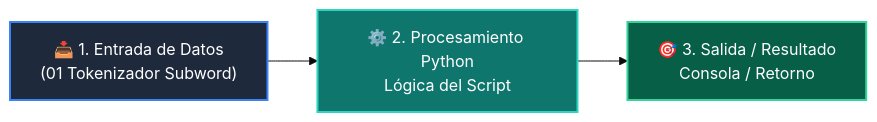
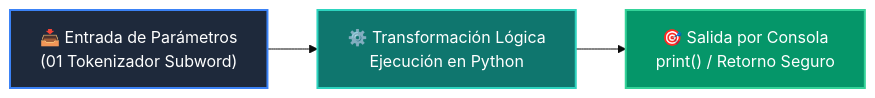
The diagram in 03-agentes-ia/clase-01-fundamentos-llm-tokenizacion/ejemplos/ejemplo_01_tokenizador_subword/README.md (wisrovi/wisrovi-python), drawn with Mermaid (base theme) before and after one commit. The commit also changed other lines of this file and 226 other files, not shown here.

Commit message:
docs: elevate all repository READMEs to world-class mastery standard with rich pedagogical architecture, custom Mermaids, and professional styling

````diff
--- a/03-agentes-ia/clase-01-fundamentos-llm-tokenizacion/ejemplos/ejemplo_01_tokenizador_subword/README.md
+++ b/03-agentes-ia/clase-01-fundamentos-llm-tokenizacion/ejemplos/ejemplo_01_tokenizador_subword/README.md
@@ -12,9 +19,9 @@
 ```mermaid
 flowchart LR
-    A["📥 1. Entrada de Datos<br/>(01 Tokenizador Subword)"] --> B["⚙️ 2. Procesamiento Python<br/>Lógica del Script"]
-    B --> C["🎯 3. Salida / Resultado<br/>Consola / Retorno"]
+    A["📥 Entrada de Parámetros<br/>(01 Tokenizador Subword)"] --> B["⚙️ Transformación Lógica<br/>Ejecución en Python"]
+    B --> C["🎯 Salida por Consola<br/>print() / Retorno Seguro"]
 
-    style A fill:#1e293b,color:#fff,stroke:#3b82f6,stroke-width:2px
-    style B fill:#0f766e,color:#fff,stroke:#2dd4bf,stroke-width:2px
-    style C fill:#065f46,color:#fff,stroke:#34d399,stroke-width:2px
+    style A fill:#1e293b,color:#ffffff,stroke:#3b82f6,stroke-width:2px
+    style B fill:#0f766e,color:#ffffff,stroke:#2dd4bf,stroke-width:2px
+    style C fill:#059669,color:#ffffff,stroke:#34d399,stroke-width:2px
 ```
````
